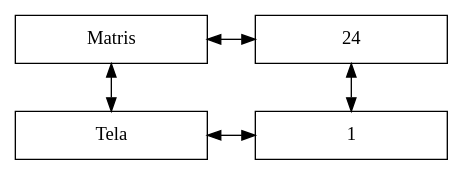
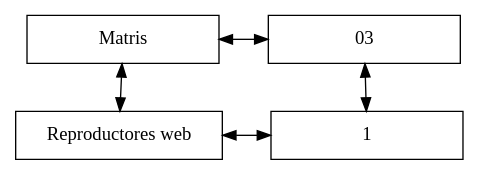
The diagram in Servidor/1997_05.dot (Macario12/EDD_VirtualMall_201905837), drawn with Graphviz before and after one commit. The commit also changed 40 other files, not shown here.

```diff
--- a/Servidor/1997_05.dot
+++ b/Servidor/1997_05.dot
@@ -1,15 +1,15 @@
 digraph { 
 rankdir = TB; 
 node [shape=rectangle, height=0.5, width=2] 
 graph[ nodesep = 0.5] 
 Matris[label="Matris"] 
-nodo24 [label="24"] 
-nodoTela [label="Tela"] 
-Matris -> nodo24 [dir=both] 
-Matris -> nodoTela [dir=both] 
+nodo03 [label="03"] 
+nodoReproductores_web [label="Reproductores web"] 
+Matris -> nodo03 [dir=both] 
+Matris -> nodoReproductores_web [dir=both] 
 nodo0y0[label="1"] 
-nodo24 -> nodo0y0[dir=both] 
-nodoTela -> nodo0y0[constraint=false, dir=both] 
-{ rank=same; Matris; nodo24} 
-{ rank=same;nodoTela;nodo0y0} 
+nodo03 -> nodo0y0[dir=both] 
+nodoReproductores_web -> nodo0y0[constraint=false, dir=both] 
+{ rank=same; Matris; nodo03} 
+{ rank=same;nodoReproductores_web;nodo0y0} 
 }
```
